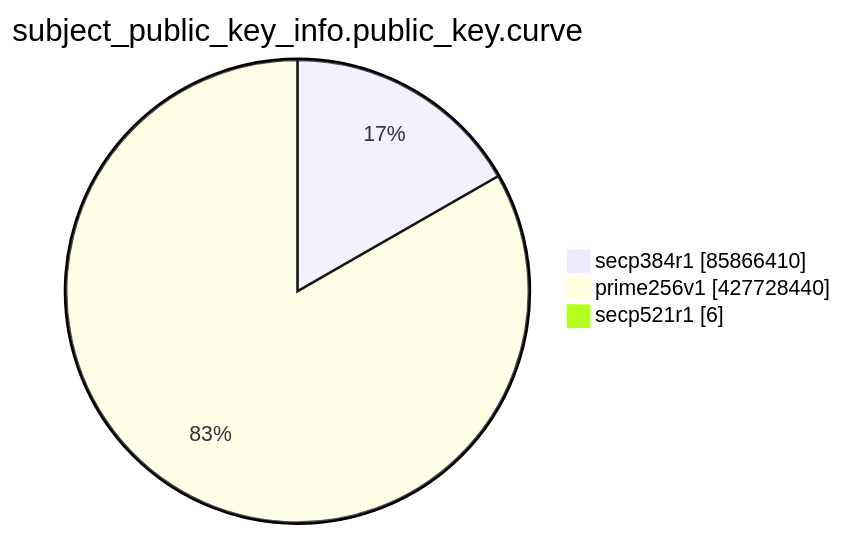
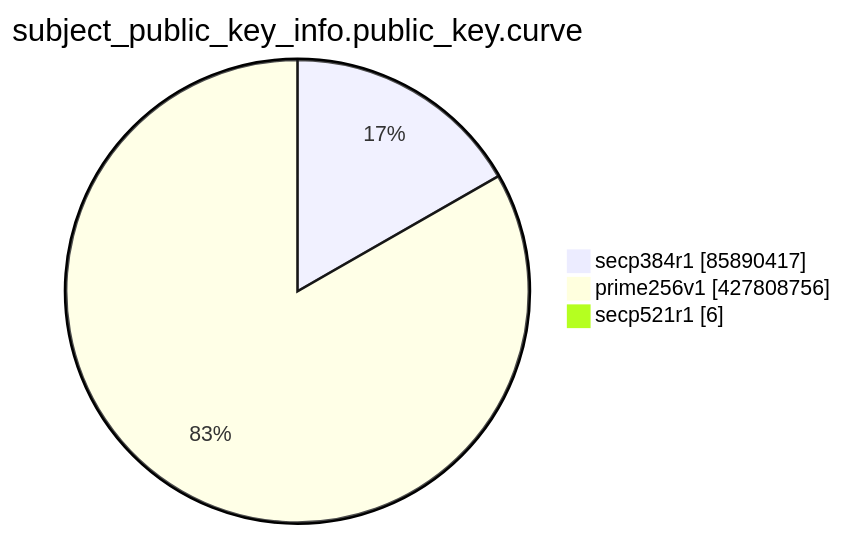
The eighth of 15 diagrams in TOTAL/README.md (christiankrug/ctmonitor_visualization), drawn with Mermaid before and after one commit. The commit also changed other lines of this file, not shown here.

````diff
--- a/TOTAL/README.md
+++ b/TOTAL/README.md
@@ -3100,7 +3100,7 @@
 ```mermaid
 pie showData
 title subject_public_key_info.public_key.curve
-"secp384r1" :85866410
-"prime256v1" :427728440
+"secp384r1" :85890417
+"prime256v1" :427808756
 "secp521r1" :6
 ```
````
